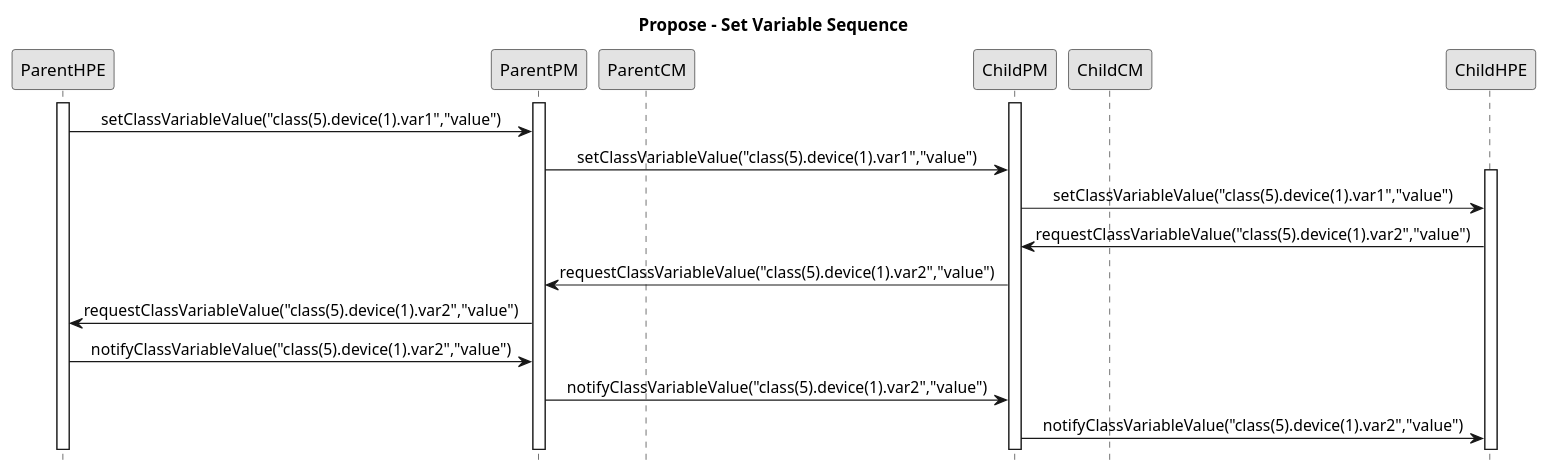
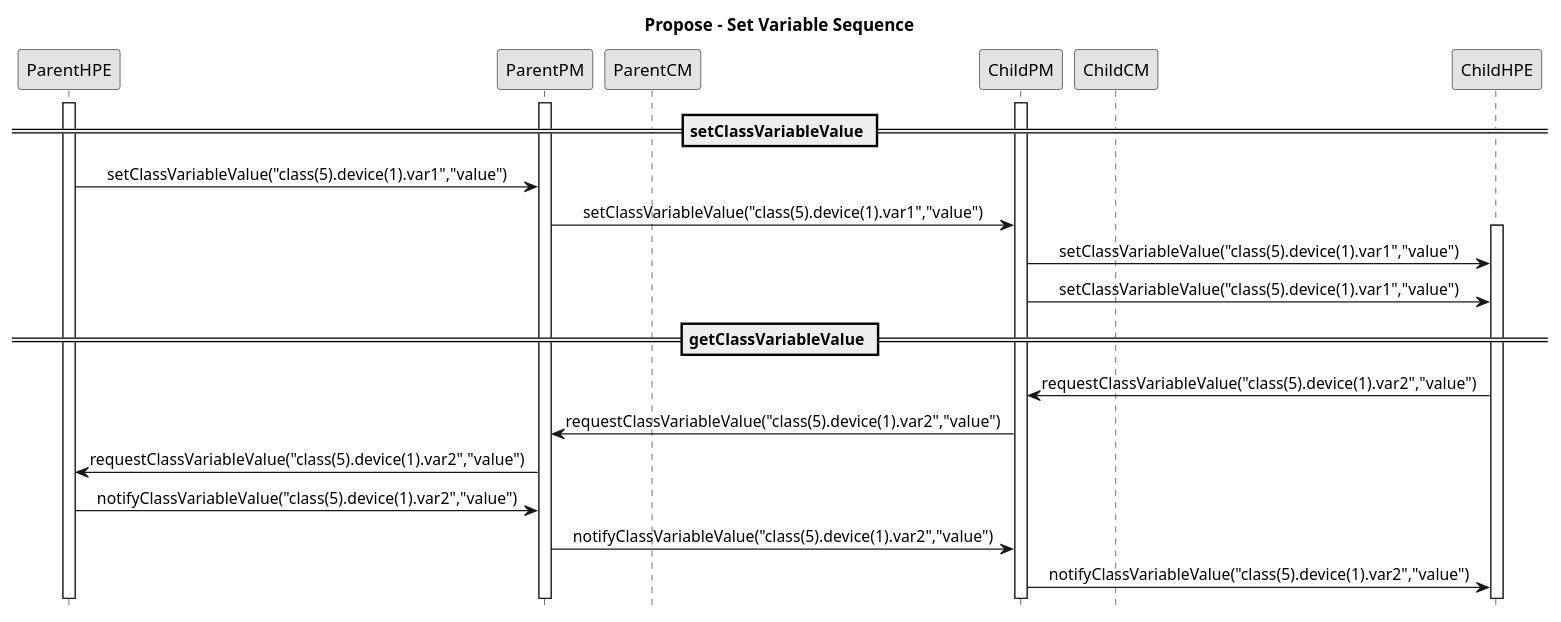
One commit to alanlivio/fsmda changed the diagram in sequence2proposal.plantuml. Above: the diagram before and after it, drawn with PlantUML. The commit also changed other lines of this file and 7 other files, not shown here.

```diff
--- a/sequence2proposal.plantuml
+++ b/sequence2proposal.plantuml
@@ -2,30 +2,33 @@
 @startuml
 hide footbox
 skinparam monochrome true
 skinparam sequenceMessageAlign center
 
 participant ParentHPE
 participant ParentPM
 participant ParentCM
 participant ChildPM
 participant ChildCM
 participant ChildHPE
 
-'====================Propose - Set Variable Sequence====================
+''''''''''''''''''Propose - Set Variable Sequence'''''''''''''''''
 title Propose - Set Variable Sequence
 activate ParentHPE
 activate ParentPM
 activate ChildPM
+== setClassVariableValue ==
 ParentHPE->ParentPM: setClassVariableValue("class(5).device(1).var1","value")
 ParentPM->ChildPM: setClassVariableValue("class(5).device(1).var1","value")
 activate ChildHPE
 ChildPM->ChildHPE: setClassVariableValue("class(5).device(1).var1","value")
+ChildPM->ChildHPE: setClassVariableValue("class(5).device(1).var1","value")
+== getClassVariableValue ==
 ChildHPE->ChildPM: requestClassVariableValue("class(5).device(1).var2","value")
 ChildPM->ParentPM: requestClassVariableValue("class(5).device(1).var2","value")
 ParentPM->ParentHPE: requestClassVariableValue("class(5).device(1).var2","value")
 ParentHPE->ParentPM: notifyClassVariableValue("class(5).device(1).var2","value")
 ParentPM->ChildPM: notifyClassVariableValue("class(5).device(1).var2","value")
 ChildPM->ChildHPE: notifyClassVariableValue("class(5).device(1).var2","value")
 
-'====================Ending PLANTUML params====================
+''''''''''''''''''Ending PLANTUML params'''''''''''''''''
 @enduml
```
